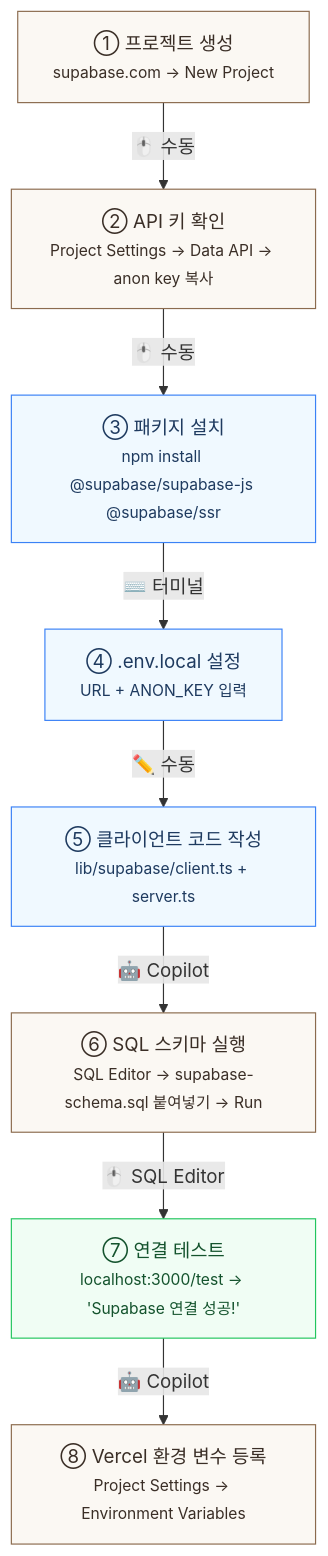
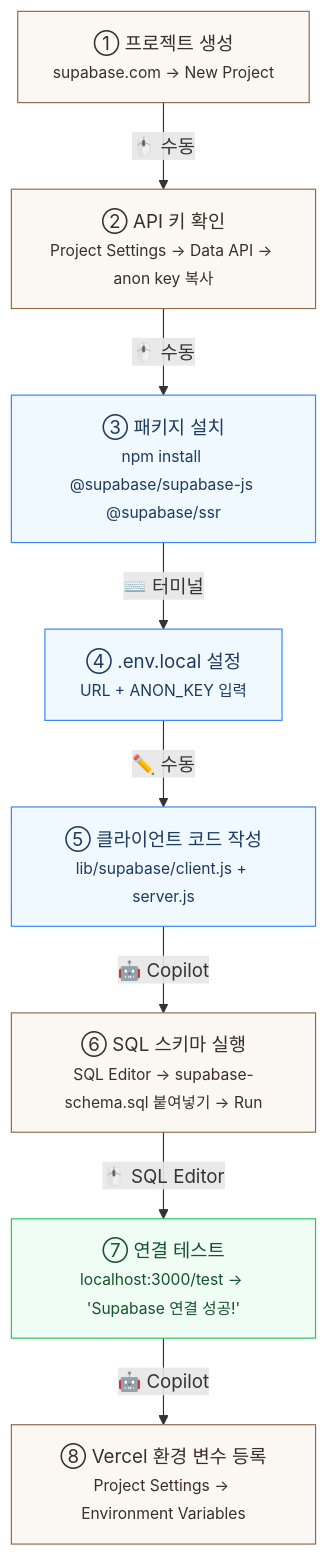
One commit to LeeSeogMin/web changed the diagram in docs/ch8A.md. Above: the diagram before and after it, drawn with Mermaid. The commit also changed other lines of this file and 270 other files, not shown here.

````diff
--- a/docs/ch8A.md
+++ b/docs/ch8A.md
@@ -11,28 +11,28 @@
 ```mermaid
 flowchart TD
     A["① 프로젝트 생성<br/><small>supabase.com → New Project</small>"]
     B["② API 키 확인<br/><small>Project Settings → Data API → anon key 복사</small>"]
     C["③ 패키지 설치<br/><small>npm install @supabase/supabase-js @supabase/ssr</small>"]
     D["④ .env.local 설정<br/><small>URL + ANON_KEY 입력</small>"]
-    E["⑤ 클라이언트 코드 작성<br/><small>lib/supabase/client.ts + server.ts</small>"]
+    E["⑤ 클라이언트 코드 작성<br/><small>lib/supabase/client.js + server.js</small>"]
     F["⑥ SQL 스키마 실행<br/><small>SQL Editor → supabase-schema.sql 붙여넣기 → Run</small>"]
     G["⑦ 연결 테스트<br/><small>localhost:3000/test → 'Supabase 연결 성공!'</small>"]
     H["⑧ Vercel 환경 변수 등록<br/><small>Project Settings → Environment Variables</small>"]
 
     A -->|"🖱️ 수동"| B
     B -->|"🖱️ 수동"| C
     C -->|"⌨️ 터미널"| D
     D -->|"✏️ 수동"| E
     E -->|"🤖 Copilot"| F
     F -->|"🖱️ SQL Editor"| G
     G -->|"🤖 Copilot"| H
 
     style A fill:#FBF8F3,stroke:#8B6B4E,color:#3A2E26
     style B fill:#FBF8F3,stroke:#8B6B4E,color:#3A2E26
     style C fill:#f0f9ff,stroke:#3b82f6,color:#1e3a5f
     style D fill:#f0f9ff,stroke:#3b82f6,color:#1e3a5f
     style E fill:#f0f9ff,stroke:#3b82f6,color:#1e3a5f
     style F fill:#FBF8F3,stroke:#8B6B4E,color:#3A2E26
     style G fill:#f0fdf4,stroke:#22c55e,color:#14532d
     style H fill:#FBF8F3,stroke:#8B6B4E,color:#3A2E26
 ```
````
